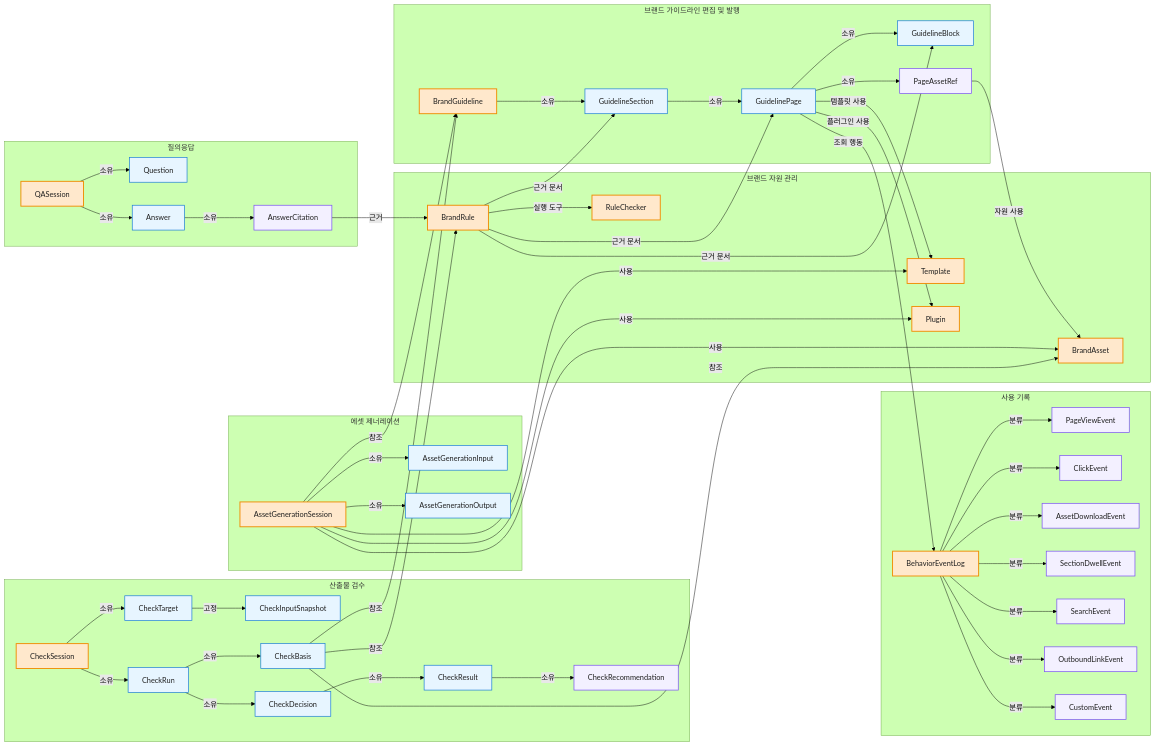
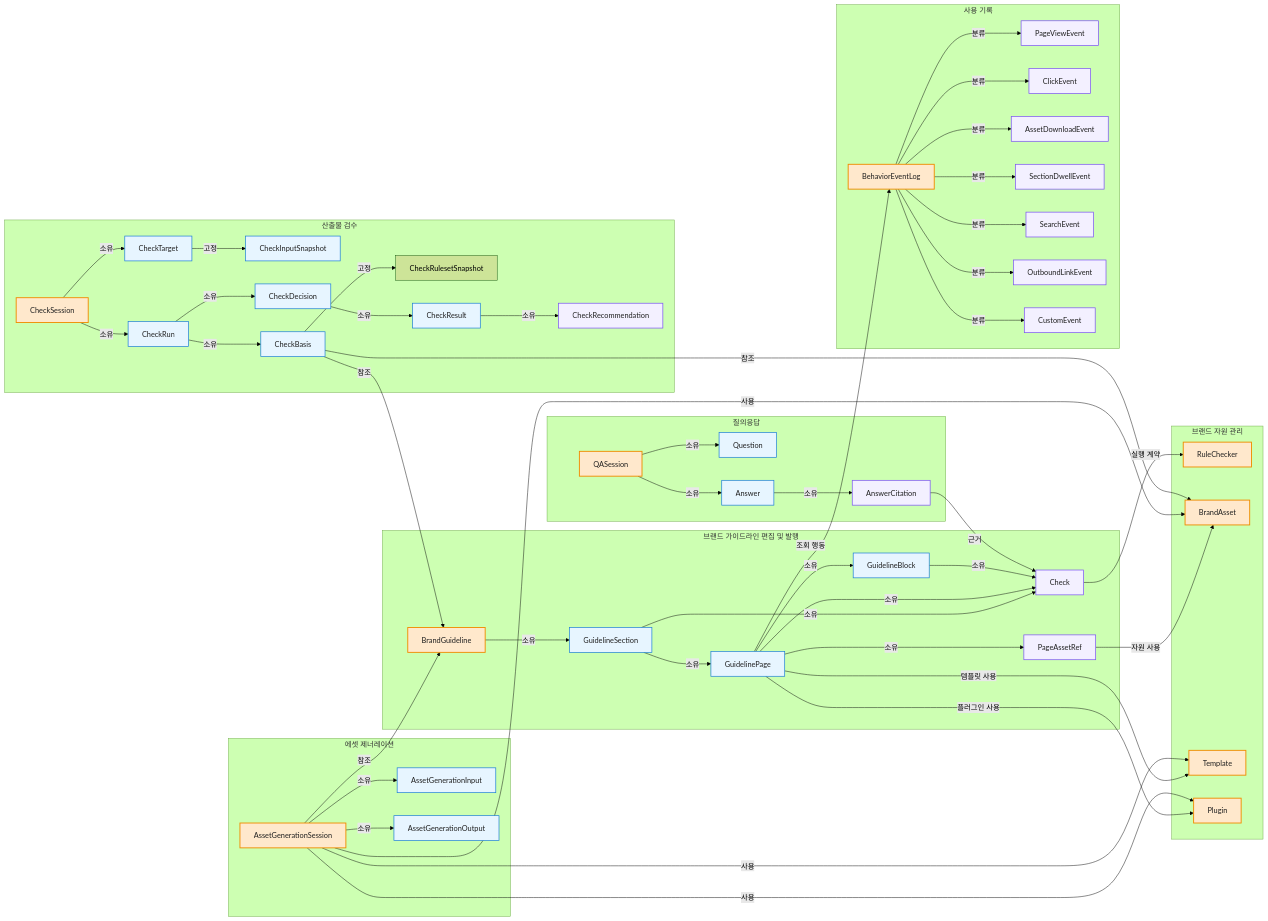
The second of 5 diagrams in docs/04-domain-model.md (ewoooo/living-brand-system), drawn with Mermaid (forest theme) before and after one commit. The commit also changed other lines of this file and 100 other files, not shown here.

````diff
--- a/docs/04-domain-model.md
+++ b/docs/04-domain-model.md
@@ -74,12 +74,12 @@
     GuidelineSection["GuidelineSection"]
     GuidelinePage["GuidelinePage"]
     GuidelineBlock["GuidelineBlock"]
+    Check["Check"]
     PageAssetRef["PageAssetRef"]
   end
 
   subgraph Resource["브랜드 자원 관리"]
     RuleChecker["RuleChecker"]
-    BrandRule["BrandRule"]
     BrandAsset["BrandAsset"]
     Template["Template"]
     Plugin["Plugin"]
@@ -104,6 +104,7 @@
     CheckInputSnapshot["CheckInputSnapshot"]
     CheckRun["CheckRun"]
     CheckBasis["CheckBasis"]
+    CheckRulesetSnapshot["CheckRulesetSnapshot"]
     CheckResult["CheckResult"]
     CheckRecommendation["CheckRecommendation"]
     CheckDecision["CheckDecision"]
@@ -123,10 +124,10 @@
   BrandGuideline -->|"소유"| GuidelineSection
   GuidelineSection -->|"소유"| GuidelinePage
   GuidelinePage -->|"소유"| GuidelineBlock
-  BrandRule -->|"근거 문서"| GuidelineSection
-  BrandRule -->|"근거 문서"| GuidelinePage
-  BrandRule -->|"근거 문서"| GuidelineBlock
-  BrandRule -->|"실행 도구"| RuleChecker
+  GuidelineSection -->|"소유"| Check
+  GuidelinePage -->|"소유"| Check
+  GuidelineBlock -->|"소유"| Check
+  Check -->|"실행 계약"| RuleChecker
   GuidelinePage -->|"소유"| PageAssetRef
   PageAssetRef -->|"자원 사용"| BrandAsset
   GuidelinePage -->|"템플릿 사용"| Template
@@ -142,13 +143,13 @@
   QASession -->|"소유"| Question
   QASession -->|"소유"| Answer
   Answer -->|"소유"| AnswerCitation
-  AnswerCitation -->|"근거"| BrandRule
+  AnswerCitation -->|"근거"| Check
   CheckSession -->|"소유"| CheckTarget
   CheckTarget -->|"고정"| CheckInputSnapshot
   CheckSession -->|"소유"| CheckRun
   CheckRun -->|"소유"| CheckBasis
   CheckBasis -->|"참조"| BrandGuideline
-  CheckBasis -->|"참조"| BrandRule
+  CheckBasis -->|"고정"| CheckRulesetSnapshot
   CheckBasis -->|"참조"| BrandAsset
   CheckRun -->|"소유"| CheckDecision
   CheckDecision -->|"소유"| CheckResult
@@ -166,7 +167,7 @@
   classDef childEntity fill:#F3F0FF,stroke:#7950F2,stroke-width:1.5px,color:#1F1F1F;
   classDef record fill:#F1F3F5,stroke:#868E96,stroke-width:1.5px,color:#1F1F1F;
 
-  class BrandGuideline,RuleChecker,BrandRule,BrandAsset,Template,Plugin,AssetGenerationSession,QASession,CheckSession,BehaviorEventLog aggregate;
+  class BrandGuideline,RuleChecker,BrandAsset,Template,Plugin,AssetGenerationSession,QASession,CheckSession,BehaviorEventLog aggregate;
   class GuidelineSection,GuidelinePage,GuidelineBlock,AssetGenerationInput,AssetGenerationOutput,Question,Answer,CheckTarget,CheckInputSnapshot,CheckRun,CheckBasis,CheckDecision,CheckResult entity;
-  class PageAssetRef,AnswerCitation,CheckRecommendation,PageViewEvent,ClickEvent,AssetDownloadEvent,SectionDwellEvent,SearchEvent,OutboundLinkEvent,CustomEvent childEntity;
+  class Check,PageAssetRef,AnswerCitation,CheckRecommendation,PageViewEvent,ClickEvent,AssetDownloadEvent,SectionDwellEvent,SearchEvent,OutboundLinkEvent,CustomEvent childEntity;
 ```
````
